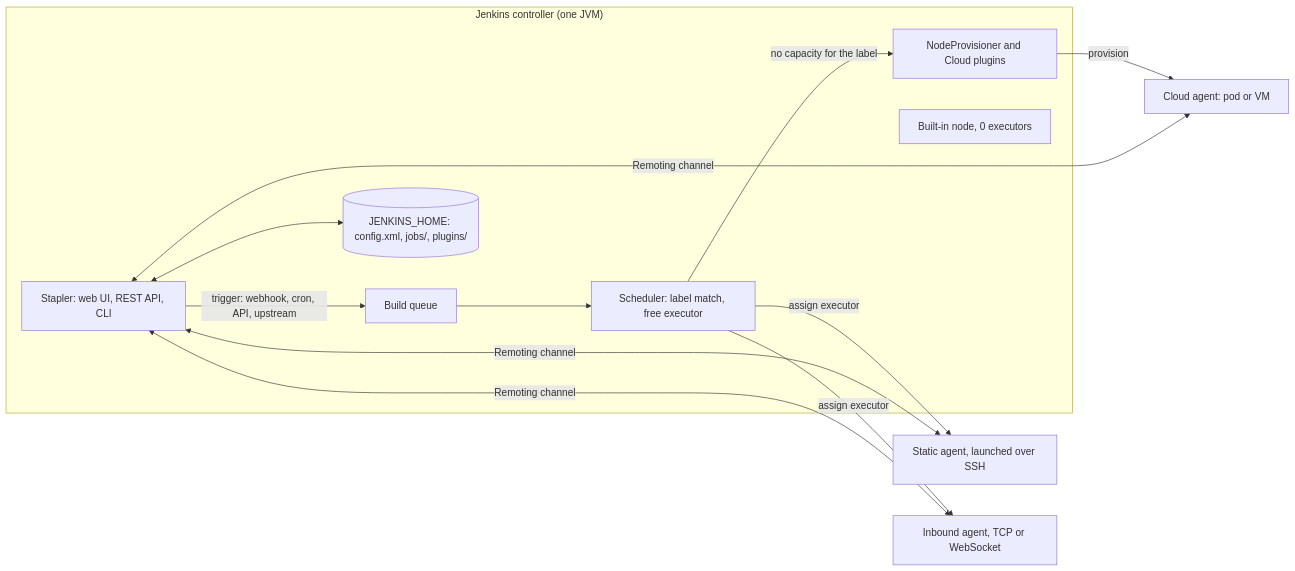
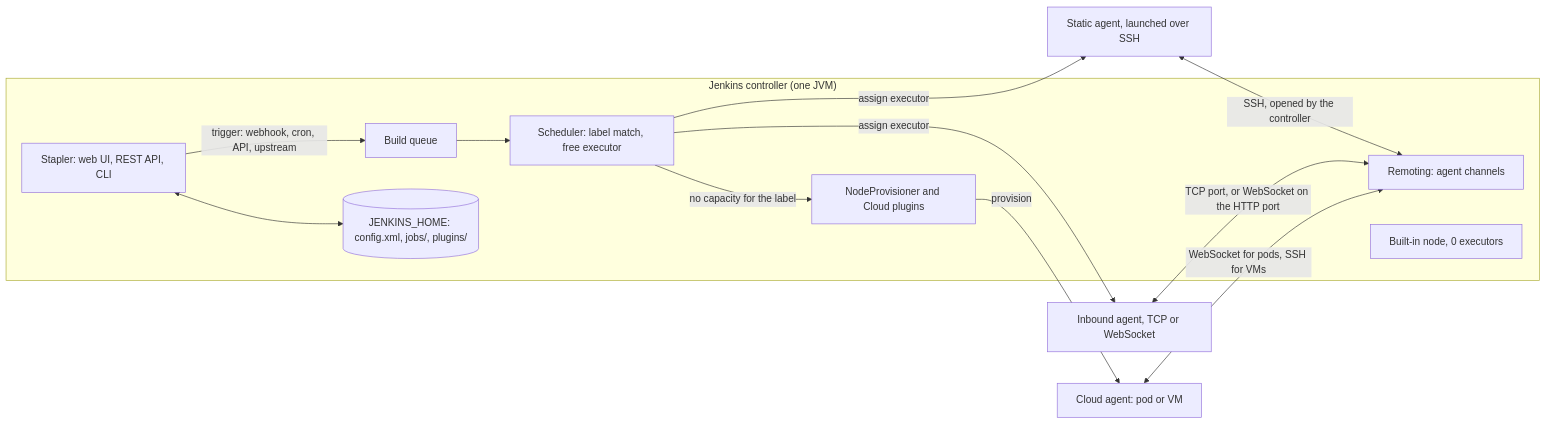
Before and after one commit to rya-sge/access-denied: the first of 2 diagrams in _posts/2026-11-17-jenkins-architecture.md, drawn with Mermaid. The commit also changed other lines of this file and 24 other files, not shown here.

````diff
--- a/_posts/2026-11-17-jenkins-architecture.md
+++ b/_posts/2026-11-17-jenkins-architecture.md
@@ -64,21 +67,22 @@
 ```mermaid
 flowchart LR
   subgraph CTRL["Jenkins controller (one JVM)"]
     UI["Stapler: web UI, REST API, CLI"]
+    RM["Remoting: agent channels"]
     Q["Build queue"]
     SCH["Scheduler: label match, free executor"]
     NP["NodeProvisioner and Cloud plugins"]
     BIN["Built-in node, 0 executors"]
     HOME[("JENKINS_HOME: config.xml, jobs/, plugins/")]
     UI -->|"trigger: webhook, cron, API, upstream"| Q
     Q --> SCH
     SCH -->|"no capacity for the label"| NP
     UI <--> HOME
   end
   SCH -->|"assign executor"| A1["Static agent, launched over SSH"]
   SCH -->|"assign executor"| A2["Inbound agent, TCP or WebSocket"]
   NP -->|"provision"| A3["Cloud agent: pod or VM"]
-  A1 <-->|"Remoting channel"| UI
-  A2 <-->|"Remoting channel"| UI
-  A3 <-->|"Remoting channel"| UI
+  A1 <-->|"SSH, opened by the controller"| RM
+  A2 <-->|"TCP port, or WebSocket on the HTTP port"| RM
+  A3 <-->|"WebSocket for pods, SSH for VMs"| RM
 ```
````
